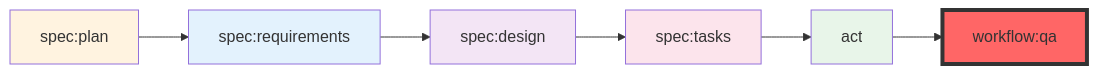
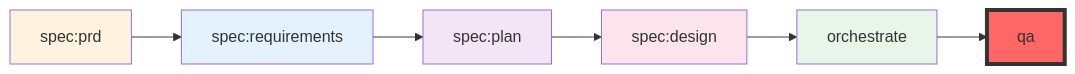
One commit to pocky/vibe-php changed the diagram in docs/HOW_TO_USE_AI.md. Above: the diagram before and after it, drawn with Mermaid. The commit also changed other lines of this file and 853 other files, not shown here.

````diff
--- a/docs/HOW_TO_USE_AI.md
+++ b/docs/HOW_TO_USE_AI.md
@@ -189,15 +188,15 @@
 ```mermaid
 graph LR
-    A[spec:plan] --> B[spec:requirements]
-    B --> C[spec:design]
-    C --> D[spec:tasks]
-    D --> E[act]
-    E --> F[workflow:qa]
+    A[spec:prd] --> B[spec:requirements]
+    B --> C[spec:plan]
+    C --> D[spec:design]
+    D --> E[orchestrate]
+    E --> F[qa]
     
     style A fill:#fff3e0
     style B fill:#e3f2fd
     style C fill:#f3e5f5
     style D fill:#fce4ec
     style E fill:#e8f5e9
     style F fill:#ff6666,stroke:#333,stroke-width:4px
 ```
````
